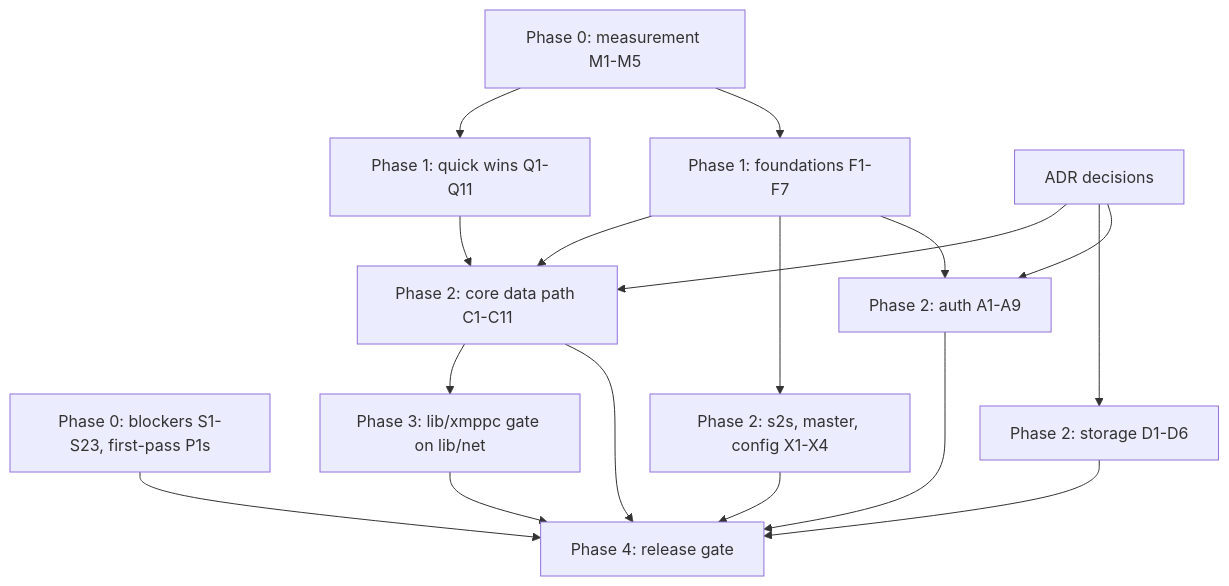
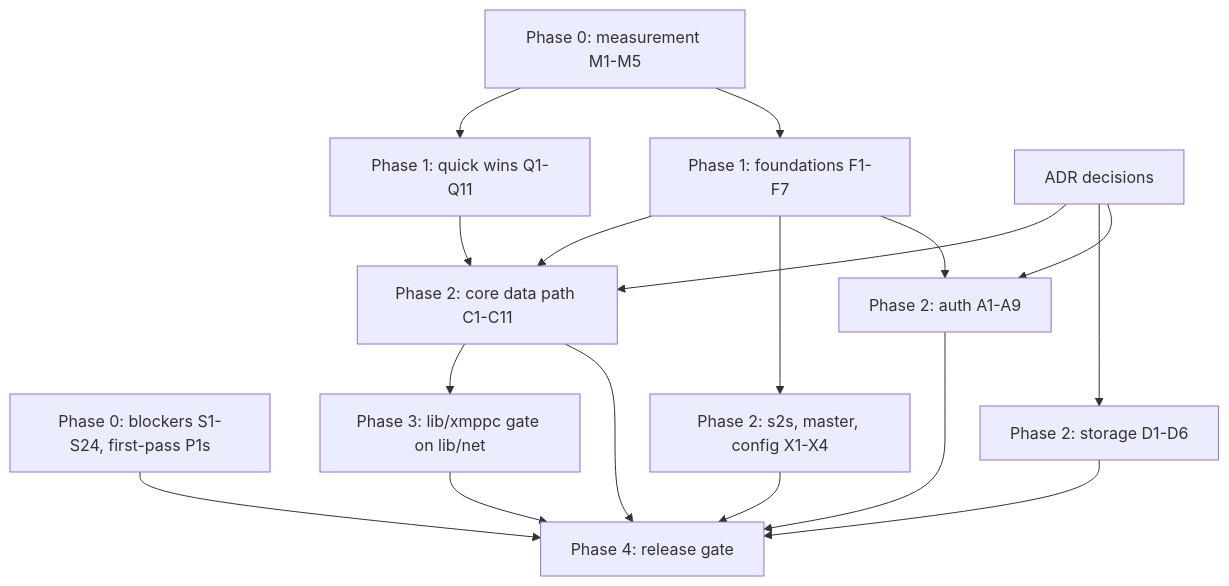
The diagram in doc/T197_QUALITY_SWEEP.md (securemessage/xmppd), drawn with Mermaid before and after one commit. The commit also changed other lines of this file, not shown here.

````diff
--- a/doc/T197_QUALITY_SWEEP.md
+++ b/doc/T197_QUALITY_SWEEP.md
@@ -459,19 +480,19 @@
 ```mermaid
 graph TD
-    P0[Phase 0: blockers S1-S23, first-pass P1s] --> R[Phase 4: release gate]
+    P0[Phase 0: blockers S1-S24, first-pass P1s] --> R[Phase 4: release gate]
     M[Phase 0: measurement M1-M5] --> Q[Phase 1: quick wins Q1-Q11]
     M --> F[Phase 1: foundations F1-F7]
     ADR[ADR decisions] --> C[Phase 2: core data path C1-C11]
     F --> C
     ADR --> D[Phase 2: storage D1-D6]
     ADR --> A[Phase 2: auth A1-A9]
     F --> X[Phase 2: s2s, master, config X1-X4]
     F --> A
     Q --> C
     C --> Y[Phase 3: lib/xmppc gate on lib/net]
     C --> R
     D --> R
     A --> R
     X --> R
     Y --> R
 ```
````
